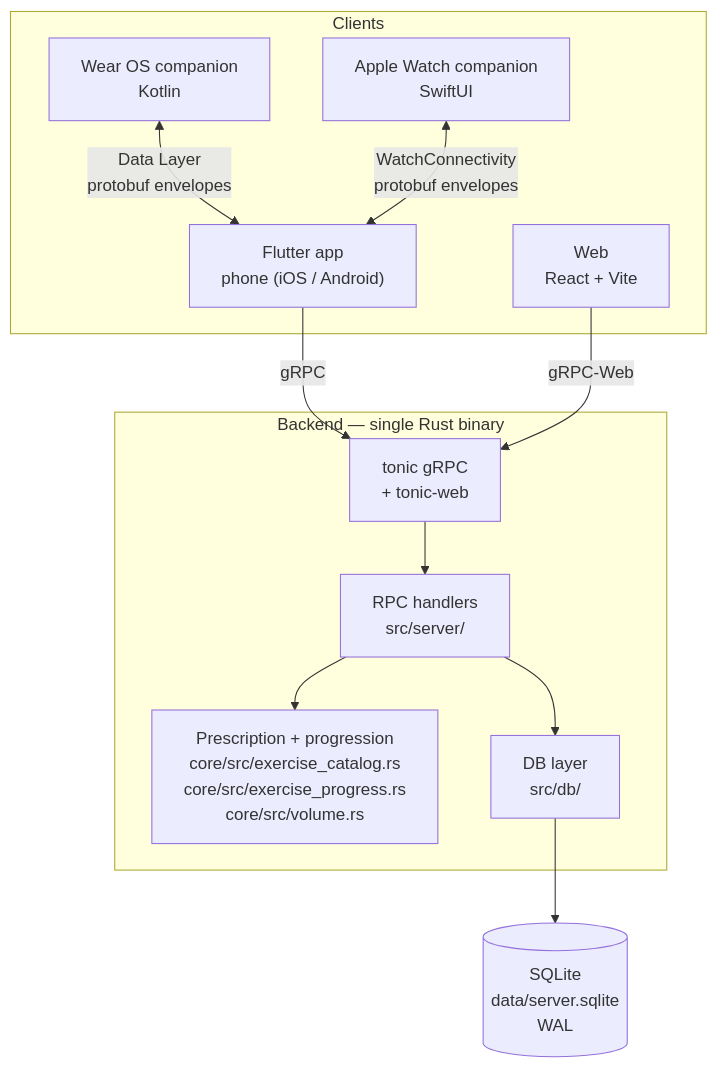
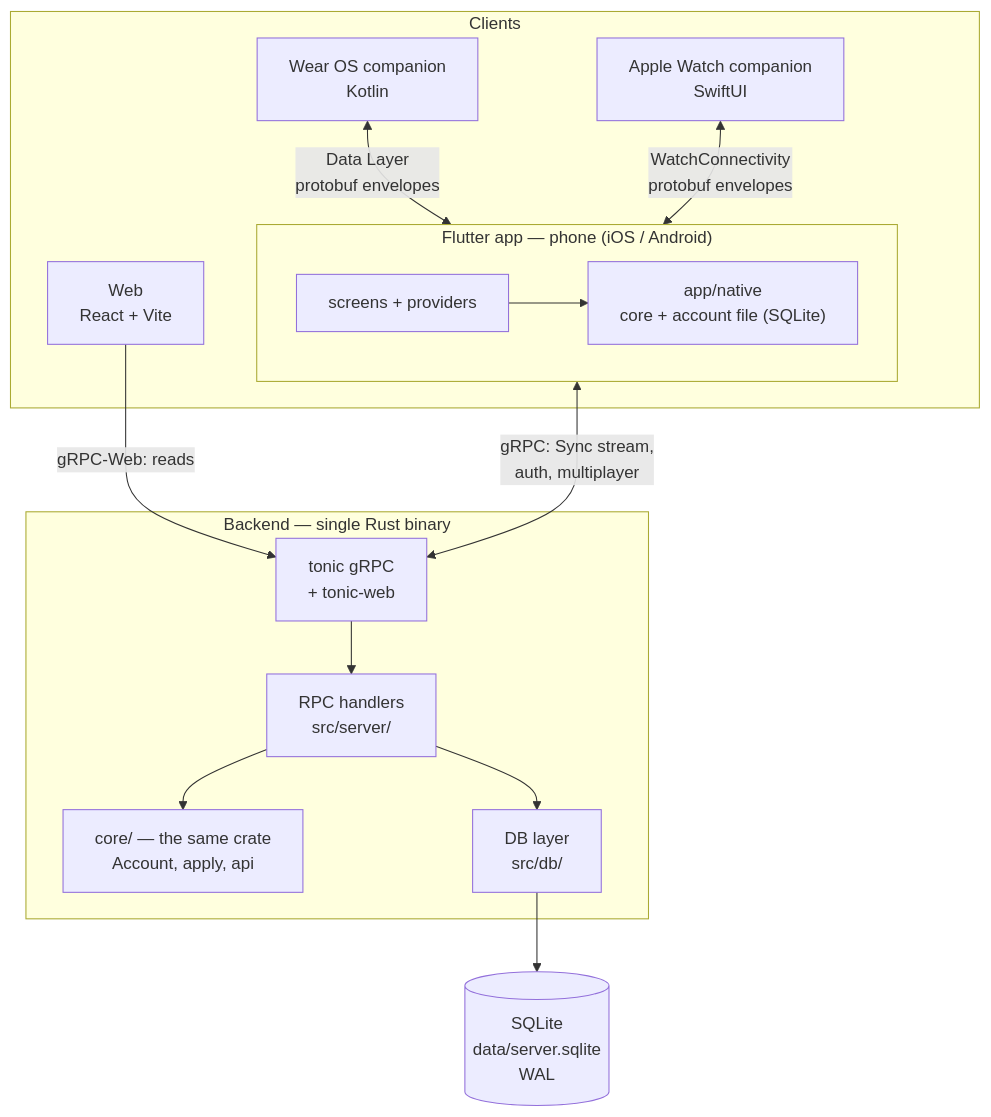
The first of 4 diagrams in docs/architecture/overview.md (brensch/lift), drawn with Mermaid before and after one commit. The commit also changed other lines of this file and 30 other files, not shown here.

````diff
--- a/docs/architecture/overview.md
+++ b/docs/architecture/overview.md
@@ -10,27 +12,31 @@
 ```mermaid
 graph TB
     subgraph clients["Clients"]
-        phone["Flutter app<br/>phone (iOS / Android)"]
+        subgraph phone["Flutter app — phone (iOS / Android)"]
+            ui["screens + providers"]
+            native["app/native<br/>core + account file (SQLite)"]
+            ui --> native
+        end
         wear["Wear OS companion<br/>Kotlin"]
         watchos["Apple Watch companion<br/>SwiftUI"]
         webapp["Web<br/>React + Vite"]
     end
 
     subgraph server["Backend — single Rust binary"]
         grpc["tonic gRPC<br/>+ tonic-web"]
         handlers["RPC handlers<br/>src/server/"]
-        engine["Prescription + progression<br/>core/src/exercise_catalog.rs<br/>core/src/exercise_progress.rs<br/>core/src/volume.rs"]
+        core["core/ — the same crate<br/>Account, apply, api"]
         dbl["DB layer<br/>src/db/"]
     end
 
     sqlite[("SQLite<br/>data/server.sqlite<br/>WAL")]
 
     wear <-->|"Data Layer<br/>protobuf envelopes"| phone
     watchos <-->|"WatchConnectivity<br/>protobuf envelopes"| phone
-    phone -->|gRPC| grpc
-    webapp -->|gRPC-Web| grpc
+    phone <-->|"gRPC: Sync stream,<br/>auth, multiplayer"| grpc
+    webapp -->|"gRPC-Web: reads"| grpc
     grpc --> handlers
-    handlers --> engine
+    handlers --> core
     handlers --> dbl
     dbl --> sqlite
 ```
````
